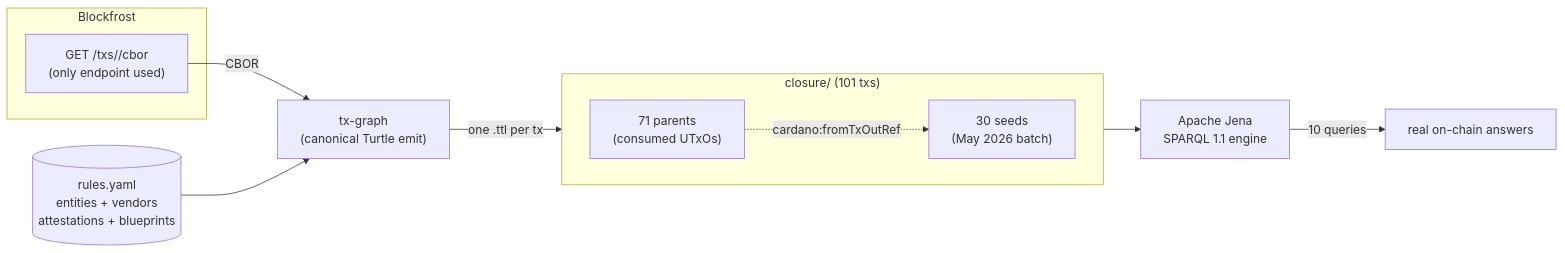
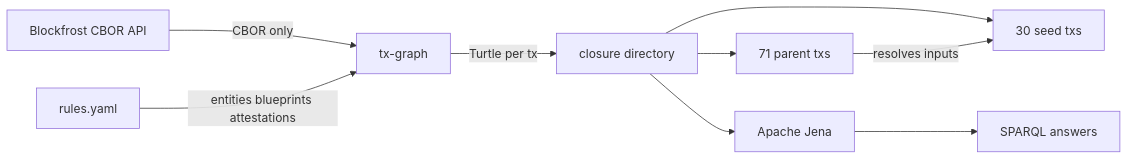
One commit to lambdasistemi/cardano-tx-tools changed the first of 5 diagrams in docs/may-2026-amaru-lattice.md. Above: the diagram before and after it, drawn with Mermaid. The commit also changed other lines of this file and 17 other files, not shown here.

Commit message:
docs: add robust lattice diagrams

````diff
--- a/docs/may-2026-amaru-lattice.md
+++ b/docs/may-2026-amaru-lattice.md
@@ -18,17 +18,20 @@
 ```mermaid
 flowchart LR
-  subgraph blockfrost[Blockfrost]
-    bf["GET /txs/<hash>/cbor<br/>(only endpoint used)"]
-  end
-  bf -->|CBOR| txgraph
-  rules[("rules.yaml<br/>entities + vendors<br/>attestations + blueprints")] --> txgraph
-  txgraph["tx-graph<br/>(canonical Turtle emit)"] -->|one .ttl per tx| lattice
-  subgraph lattice["closure/ (101 txs)"]
-    direction LR
-    seeds["30 seeds<br/>(May 2026 batch)"]
-    parents["71 parents<br/>(consumed UTxOs)"]
-    parents -. cardano:fromTxOutRef .-> seeds
-  end
-  lattice --> jena
-  jena["Apache Jena<br/>SPARQL 1.1 engine"] -->|10 queries| results["real on-chain answers"]
+  blockfrost[Blockfrost CBOR API]
+  txgraph[tx-graph]
+  rules[rules.yaml]
+  closure[closure directory]
+  seeds[30 seed txs]
+  parents[71 parent txs]
+  jena[Apache Jena]
+  answers[SPARQL answers]
+
+  blockfrost -->|CBOR only| txgraph
+  rules -->|entities blueprints attestations| txgraph
+  txgraph -->|Turtle per tx| closure
+  closure --> seeds
+  closure --> parents
+  parents -->|resolves inputs| seeds
+  closure --> jena
+  jena --> answers
 ```
````
